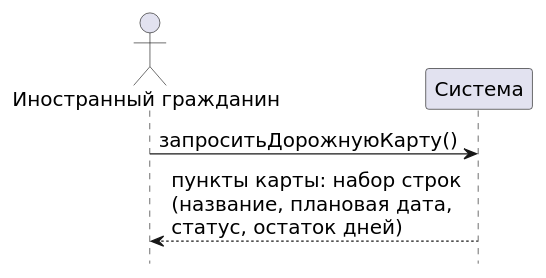
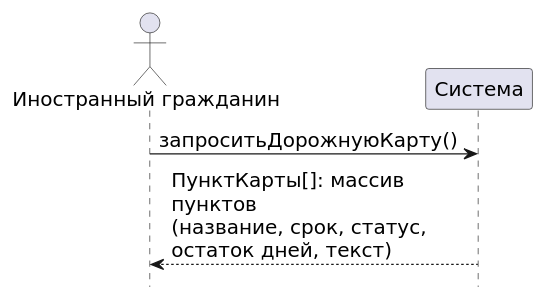
One commit to mflkee/study changed the diagram in tsu/5sem/Функциональное моделирование систем/документы/src/03-p2-osnovnoy.puml. Above: the diagram before and after it, drawn with PlantUML. The commit also changed 11 other files, not shown here.

Commit message:
лаб. 1: убрана пометка обязательных полей звёздочкой (есть столбец «Обязательное»); лаб. 2-3: текст пункта и массив ПунктКарты[]

```diff
--- a/tsu/5sem/Функциональное моделирование систем/документы/src/03-p2-osnovnoy.puml
+++ b/tsu/5sem/Функциональное моделирование систем/документы/src/03-p2-osnovnoy.puml
@@ -1,12 +1,12 @@
 @startuml
 skinparam shadowing false
 skinparam defaultFontName "DejaVu Sans"
 skinparam defaultFontSize 16
 skinparam sequenceMessageAlign left
 skinparam maxMessageSize 260
 hide footbox
 actor "Иностранный гражданин" as IG
 participant "Система" as SYS
 IG -> SYS : запроситьДорожнуюКарту()
-SYS --> IG : пункты карты: набор строк\n(название, плановая дата,\nстатус, остаток дней)
+SYS --> IG : ПунктКарты[]: массив пунктов\n(название, срок, статус,\nостаток дней, текст)
 @enduml
```
